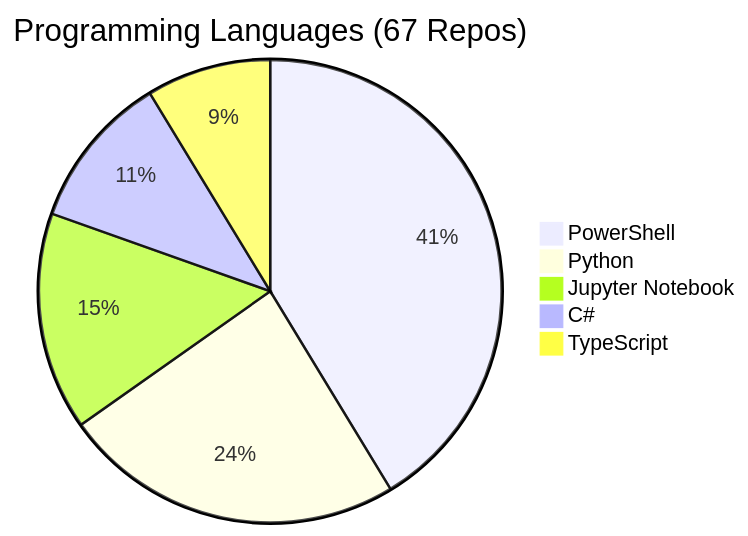
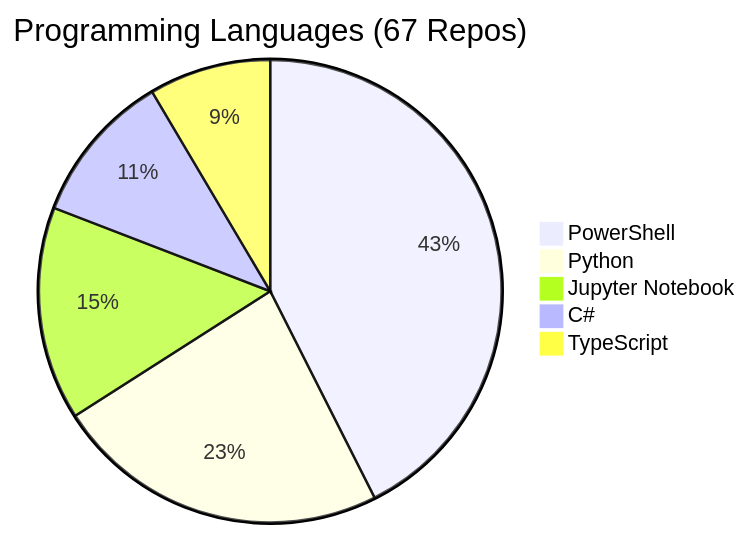
One commit to fabioc-aloha/fabioc-aloha changed the diagram in REPOS.md. Above: the diagram before and after it, drawn with Mermaid. The commit also changed other lines of this file and 1 other file, not shown here.

````diff
--- a/REPOS.md
+++ b/REPOS.md
@@ -110,8 +110,8 @@
 ```mermaid
 pie title Programming Languages (67 Repos)
-    "PowerShell" : 19
+    "PowerShell" : 20
     "Python" : 11
     "Jupyter Notebook" : 7
     "C#" : 5
     "TypeScript" : 4
 ```
````
